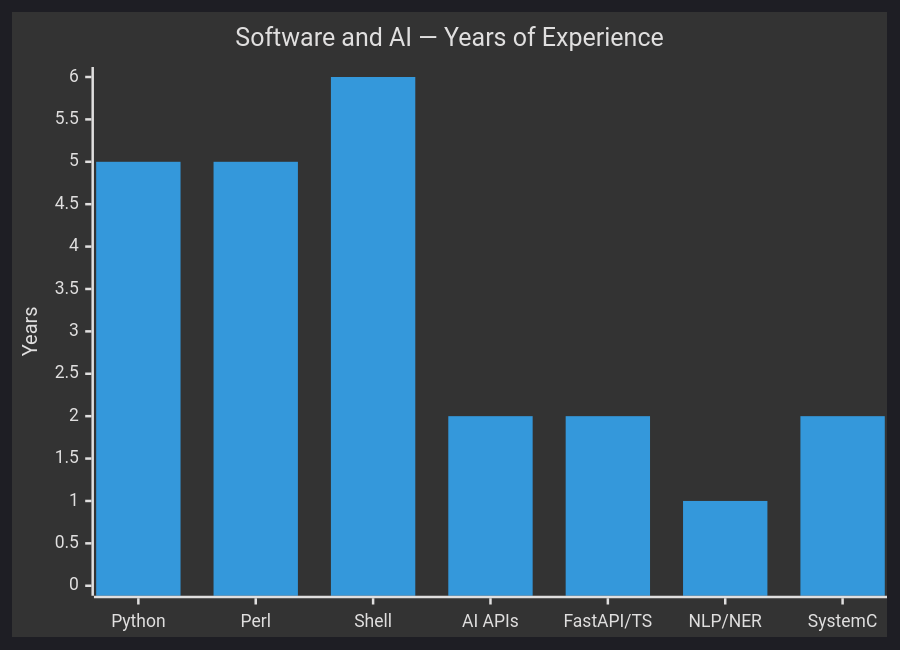
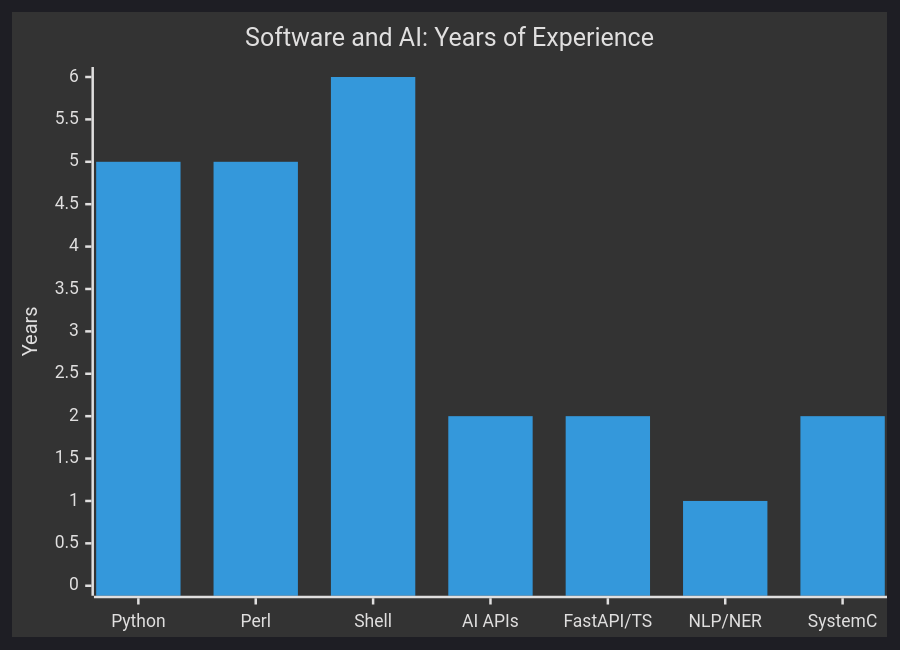
One commit to themanmakerX/themanmakerX changed the second of 4 diagrams in README.md. Above: the diagram before and after it, drawn with Mermaid. The commit also changed other lines of this file, not shown here.

````diff
--- a/README.md
+++ b/README.md
@@ -112,8 +112,8 @@
 ```mermaid
 %%{init: {'theme': 'dark'}}%%
 xychart-beta
-  title "Software and AI — Years of Experience"
+  title "Software and AI: Years of Experience"
   x-axis ["Python", "Perl", "Shell", "AI APIs", "FastAPI/TS", "NLP/NER", "SystemC"]
   y-axis "Years" 0 --> 6
   bar [5, 5, 6, 2, 2, 1, 2]
 ```
````
